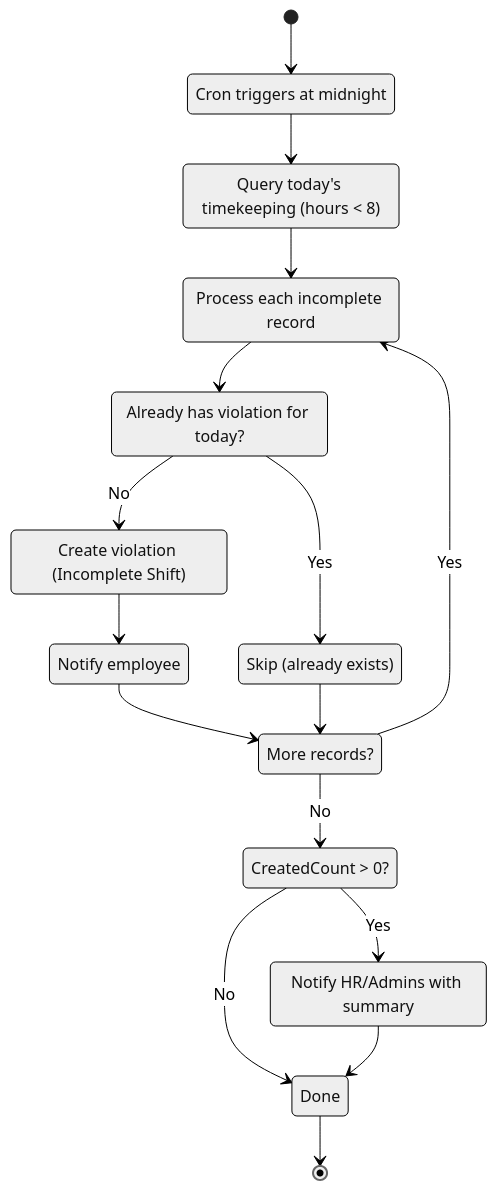
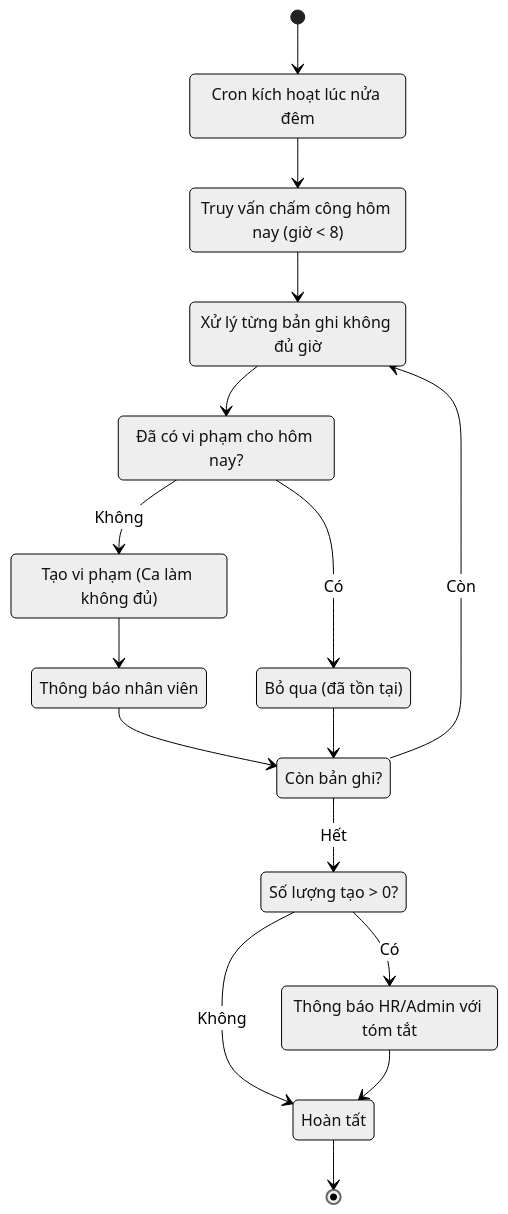
The seventh of 16 diagrams in docs/activity-diagram.md (Luo-Zhii/HRM-Gene), drawn with Mermaid (neutral theme) before and after one commit. The commit also changed other lines of this file and 3 other files, not shown here.

````diff
--- a/docs/activity-diagram.md
+++ b/docs/activity-diagram.md
@@ -276,33 +313,33 @@
 ```mermaid
 stateDiagram-v2
-    state "Cron triggers at midnight" as cron
-    state "Query today's timekeeping (hours < 8)" as query_tk
-    state "Process each incomplete record" as loop
-    state "Already has violation for today?" as has_violation
-    state "Skip (already exists)" as skip_v
-    state "Create violation (Incomplete Shift)" as create_v
-    state "Notify employee" as notify_emp
-    state "More records?" as more
-    state "CreatedCount > 0?" as any_created
-    state "Notify HR/Admins with summary" as notify_hr
-    state "Done" as done
+    state "Cron kích hoạt lúc nửa đêm" as cron
+    state "Truy vấn chấm công hôm nay (giờ < 8)" as query_tk
+    state "Xử lý từng bản ghi không đủ giờ" as loop
+    state "Đã có vi phạm cho hôm nay?" as has_violation
+    state "Bỏ qua (đã tồn tại)" as skip_v
+    state "Tạo vi phạm (Ca làm không đủ)" as create_v
+    state "Thông báo nhân viên" as notify_emp
+    state "Còn bản ghi?" as more
+    state "Số lượng tạo > 0?" as any_created
+    state "Thông báo HR/Admin với tóm tắt" as notify_hr
+    state "Hoàn tất" as done
 
     [*] --> cron
     cron --> query_tk
     query_tk --> loop
-    
+
     loop --> has_violation
-    has_violation --> skip_v : Yes
-    has_violation --> create_v : No
+    has_violation --> skip_v : Có
+    has_violation --> create_v : Không
     create_v --> notify_emp
     notify_emp --> more
     skip_v --> more
-    
-    more --> loop : Yes
-    more --> any_created : No
-    
-    any_created --> notify_hr : Yes
-    any_created --> done : No
+
+    more --> loop : Còn
+    more --> any_created : Hết
+
+    any_created --> notify_hr : Có
+    any_created --> done : Không
     notify_hr --> done
     done --> [*]
 ```
````
